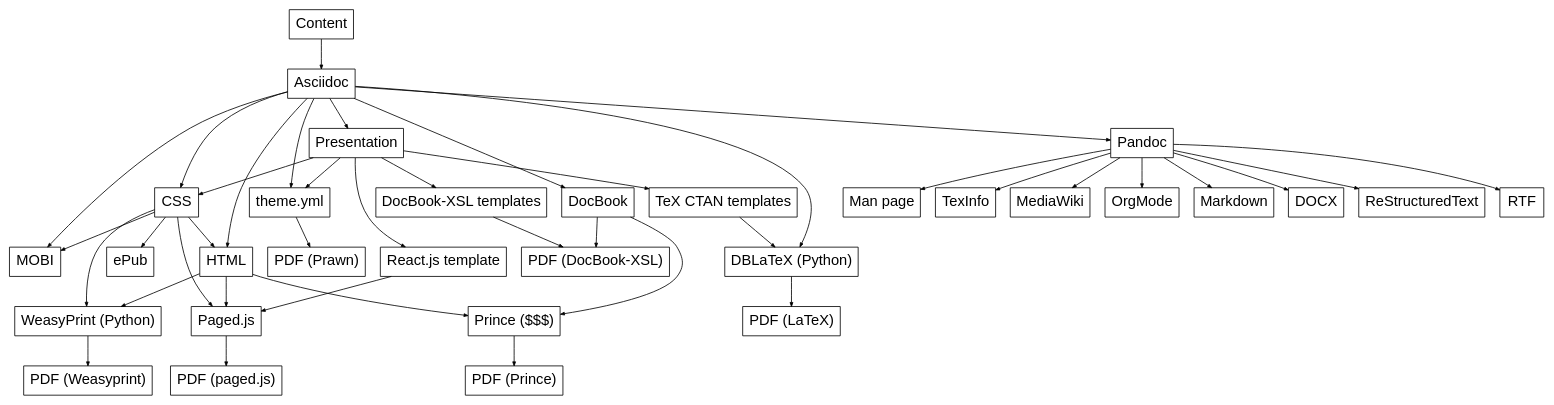
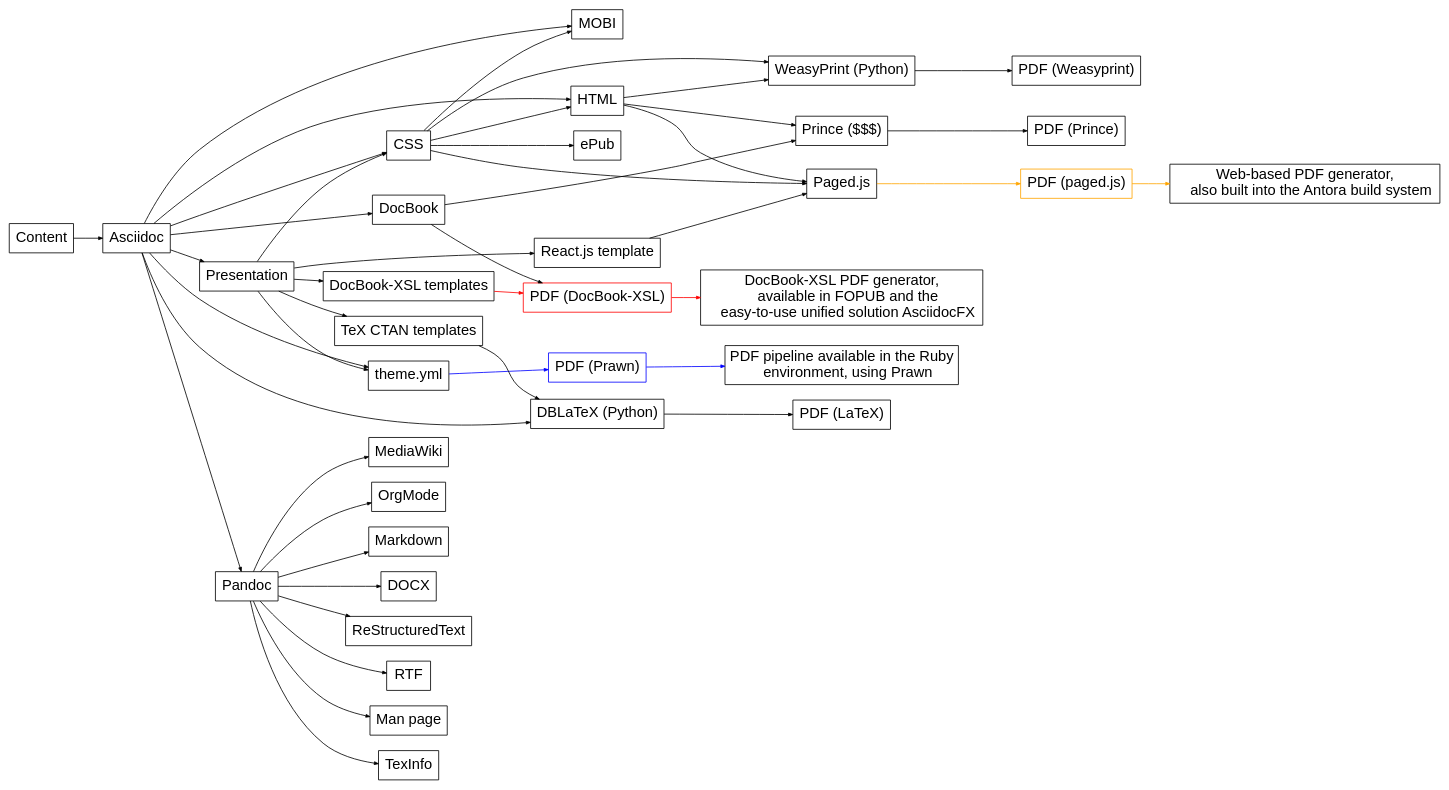
Before and after one commit to lopsotronic/Ascii1000D: the second of 4 diagrams in _presentations/Ascii1000D.adoc, drawn with Graphviz. The commit also changed other lines of this file and 4 other files, not shown here.

Commit message:
Adoc web pdf for VSC

```diff
--- a/_presentations/Ascii1000D.adoc
+++ b/_presentations/Ascii1000D.adoc
@@ -192,48 +192,59 @@
 [graphviz, adocpipeline8, svg]
 ----
 digraph g {
   edge [arrowsize=".5"]
   node [shape=record]
   node [fontname="Arial" fontsize=18]
-  rankdir="TD";
+  rankdir="LR";
+  "PDF (paged.js)" [color=orange]
+  "PDF (DocBook-XSL)" [color=red]
+  "PDF (Prawn)" [color=blue]
     "Content" -> "Asciidoc"
     "Asciidoc" -> "Presentation"
     "Presentation" -> CSS
     "Presentation" -> "DocBook-XSL templates"
     "Presentation" -> "theme.yml"
     "Presentation" -> "TeX CTAN templates"
     "Presentation" -> "React.js template"
     "Asciidoc" -> HTML
     HTML -> "WeasyPrint (Python)"
     CSS -> "WeasyPrint (Python)"
     "WeasyPrint (Python)" -> "PDF (Weasyprint)"
     HTML -> "Paged.js"
     CSS -> "Paged.js"
     CSS -> "MOBI"
     CSS -> "HTML"
-    "Paged.js" -> "PDF (paged.js)"
+    "Paged.js" -> "PDF (paged.js)" [color=orange]
     "React.js template" -> "Paged.js"
     HTML -> "Prince ($$$)"
     "Prince ($$$)" -> "PDF (Prince)"
     "DocBook" -> "PDF (DocBook-XSL)"
-    "DocBook-XSL templates" -> "PDF (DocBook-XSL)"
+    "DocBook-XSL templates" -> "PDF (DocBook-XSL)" [color=red]
     "DocBook" -> "Prince ($$$)"
     "Asciidoc" -> "theme.yml"
-    "theme.yml" -> "PDF (Prawn)"
+    "theme.yml" -> "PDF (Prawn)" [color=blue]
     "Asciidoc" -> "DocBook"
     "Asciidoc" -> "DBLaTeX (Python)"
     "TeX CTAN templates" -> "DBLaTeX (Python)"
     "DBLaTeX (Python)" -> "PDF (LaTeX)"
     "Asciidoc" -> "Pandoc"
     "Asciidoc" -> "CSS" -> "ePub"
     "Asciidoc" -> "MOBI"
     "Pandoc" -> "Markdown"
     "Pandoc" -> "DOCX"
     "Pandoc" -> "ReStructuredText"
     "Pandoc" -> "RTF"
     "Pandoc" -> "Man page"
     "Pandoc" -> "TexInfo"
     "Pandoc" -> "MediaWiki"
     "Pandoc" -> "OrgMode"
+     "PDF (paged.js)" -> "Web-based PDF generator, 
+    also built into the Antora build system" [color=orange]
+    "PDF (DocBook-XSL)" -> "DocBook-XSL PDF generator, 
+    available in FOPUB and the 
+    easy-to-use unified solution AsciidocFX" [color=red]
+    "PDF (Prawn)" -> "PDF pipeline available in the Ruby
+    environment, using Prawn" [color=blue]
+
 }
 ----
```
